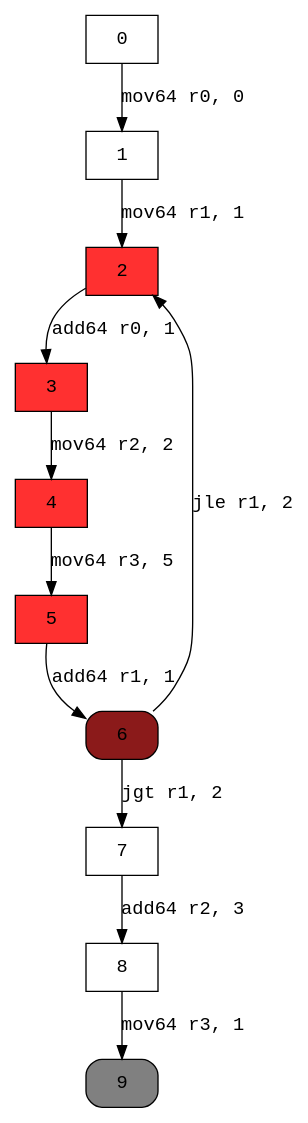
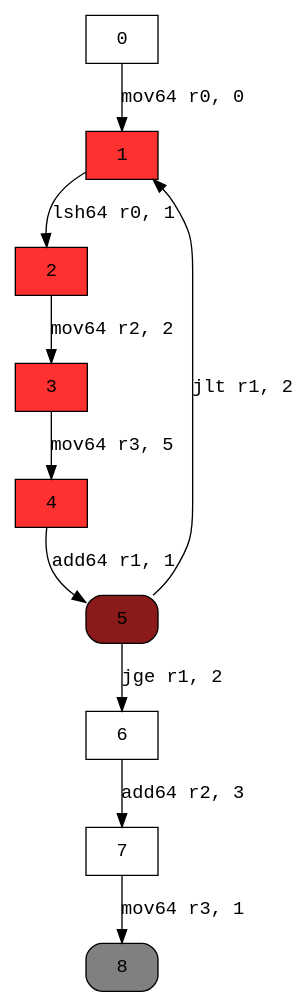
The diagram in examples/graphs/doWhile.dot (XicoCorreia/Information-Flow-Analysis-Thesis), drawn with Graphviz before and after one commit. The commit also changed 12 other files, not shown here.

```diff
--- a/examples/graphs/doWhile.dot
+++ b/examples/graphs/doWhile.dot
@@ -1,21 +1,20 @@
 digraph cfg { 
 node [fontname="monospace"];
 node [shape=box];
 edge [fontname="monospace"];
   0 -> 1 [label="mov64 r0, 0"];
-  1 -> 2 [label="mov64 r1, 1"];
-  2 -> 3 [label="add64 r0, 1"];
-  3 -> 4 [label="mov64 r2, 2"];
-  4 -> 5 [label="mov64 r3, 5"];
-  5 -> 6 [label="add64 r1, 1"];
-  6 -> 7 [label="jgt r1, 2"];
-  6 -> 2 [label="jle r1, 2"];
-  7 -> 8 [label="add64 r2, 3"];
-  8 -> 9 [label="mov64 r3, 1"];
+  1 -> 2 [label="lsh64 r0, 1"];
+  2 -> 3 [label="mov64 r2, 2"];
+  3 -> 4 [label="mov64 r3, 5"];
+  4 -> 5 [label="add64 r1, 1"];
+  5 -> 6 [label="jge r1, 2"];
+  5 -> 1 [label="jlt r1, 2"];
+  6 -> 7 [label="add64 r2, 3"];
+  7 -> 8 [label="mov64 r3, 1"];
+1 [style=filled,fillcolor=firebrick1];
 2 [style=filled,fillcolor=firebrick1];
 3 [style=filled,fillcolor=firebrick1];
 4 [style=filled,fillcolor=firebrick1];
-5 [style=filled,fillcolor=firebrick1];
-6 [style="rounded,filled",fillcolor=firebrick4];
-9 [style="rounded,filled",fillcolor=grey];
+5 [style="rounded,filled",fillcolor=firebrick4];
+8 [style="rounded,filled",fillcolor=grey];
 }
```
